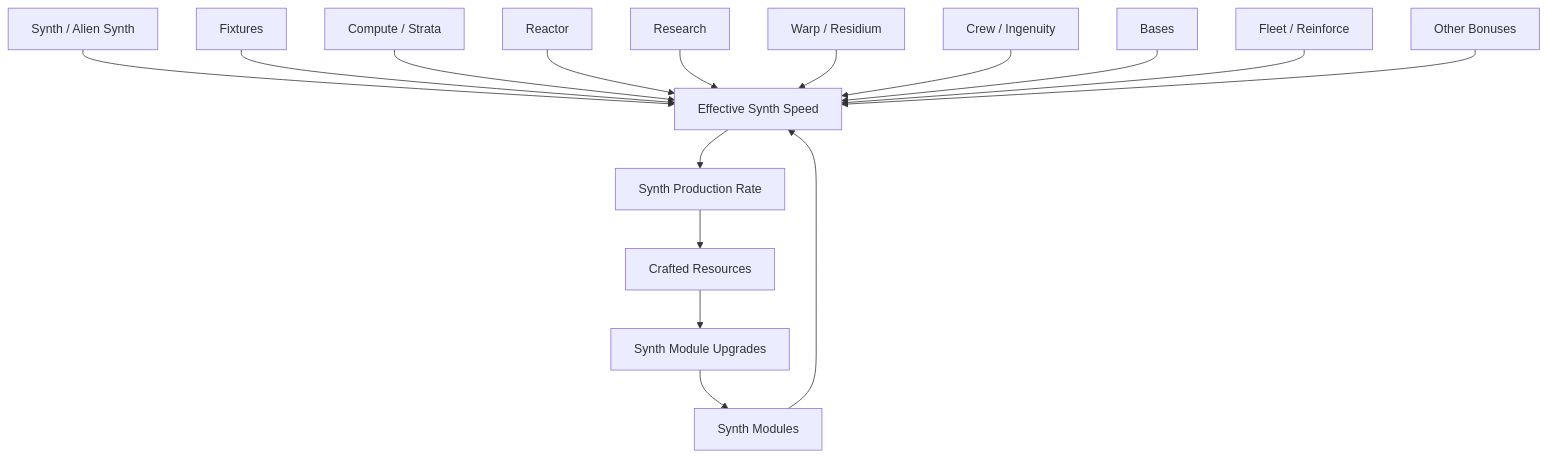
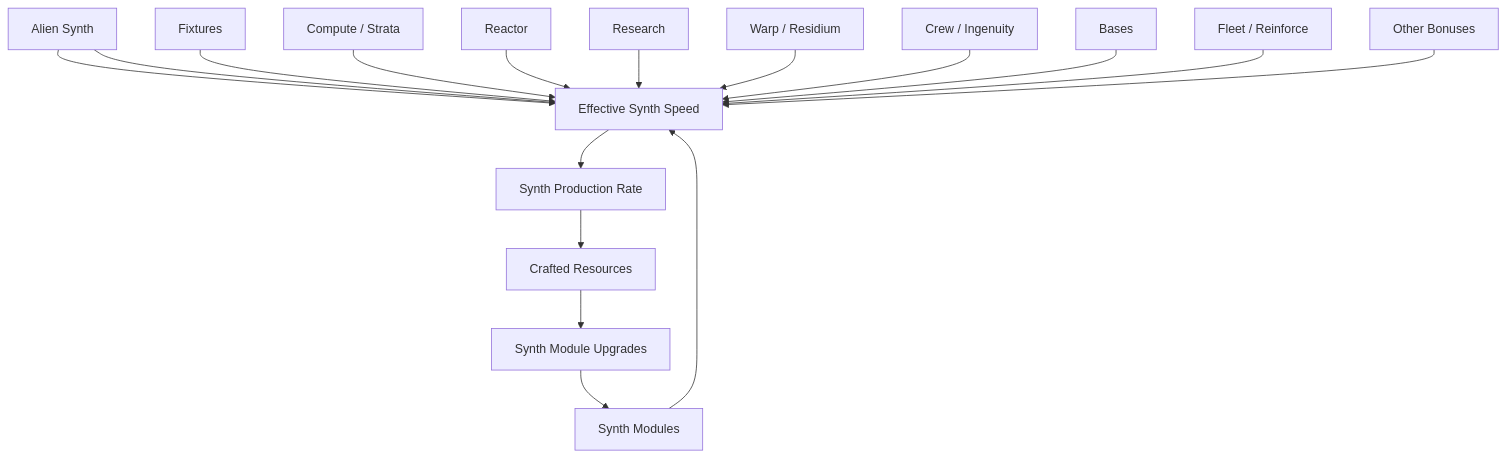
Before and after one commit to MorithK/usi-titancalculator: the diagram in docs/Game Docs/bonuses/Synth/synth-speed.md, drawn with Mermaid. The commit also changed 1 other file, not shown here.

Commit message:
Fixture Speed Documentation updates

````diff
--- a/docs/Game Docs/bonuses/Synth/synth-speed.md
+++ b/docs/Game Docs/bonuses/Synth/synth-speed.md
@@ -46,19 +46,20 @@
 ```mermaid
 flowchart TD
-    SYN["Synth / Alien Synth "] --> SS["Effective Synth Speed"]
+    SYN["Synth "] --> SS["Effective Synth Speed"]
+    SYN["Alien Synth "] --> SS
     MOD["Synth Modules"] --> SS
     FIX["Fixtures"] --> SS
     COM["Compute / Strata"] --> SS
     REA["Reactor"] --> SS
     RES["Research"] --> SS
     WRP["Warp / Residium"] --> SS
     CRE["Crew / Ingenuity"] --> SS
     BAS["Bases"] --> SS
     FLE["Fleet / Reinforce"] --> SS
     OTH["Other Bonuses"] --> SS
 
     SS --> PROD["Synth Production Rate"]
     PROD --> MAT["Crafted Resources"]
     MAT --> UP["Synth Module Upgrades"]
     UP --> MOD
 ```
````
